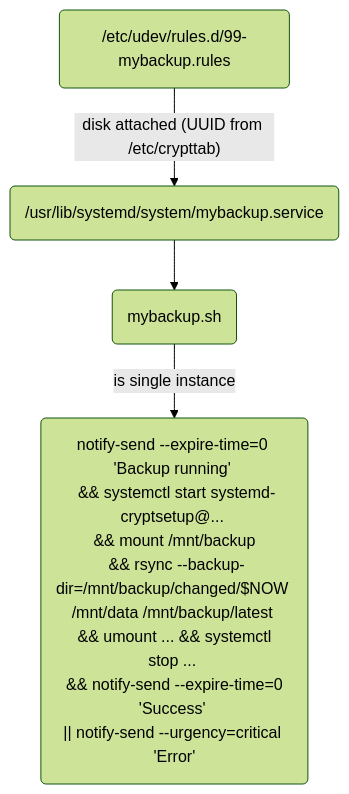
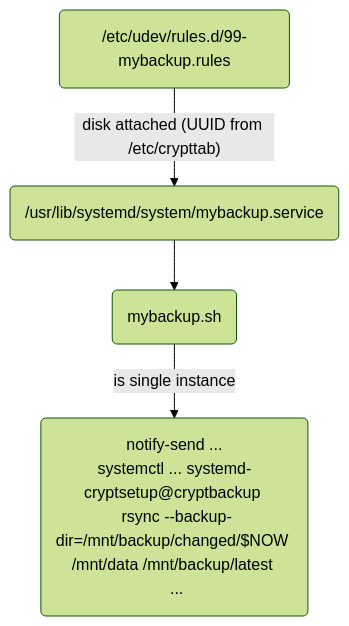
The diagram in README.md (andre-st/dotfiles), drawn with Mermaid (forest theme) before and after one commit.

Commit message:
Reduce backup flowchart

````diff
--- a/README.md
+++ b/README.md
@@ -269,12 +269,12 @@
 ```mermaid
 flowchart TD
 
 	udev("/etc/udev/rules.d/99-mybackup.rules")
 	service("/usr/lib/systemd/system/mybackup.service")
 	sh("mybackup.sh")
-	rsync("notify-send --expire-time=0 'Backup running' <br> && systemctl start systemd-cryptsetup@... <br> && mount /mnt/backup <br> && rsync --backup-dir=/mnt/backup/changed/$NOW /mnt/data /mnt/backup/latest <br> && umount ... && systemctl stop ... <br> && notify-send --expire-time=0 'Success' <br>|| notify-send --urgency=critical 'Error'")
+	rsync("notify-send ...<br>systemctl ... systemd-cryptsetup@cryptbackup <br> rsync --backup-dir=/mnt/backup/changed/$NOW /mnt/data /mnt/backup/latest <br> ...")
 
 	udev-- "disk attached (UUID from /etc/crypttab)" -->service
 	service-->sh
 	sh-- "is single instance" -->rsync
 ```
````
